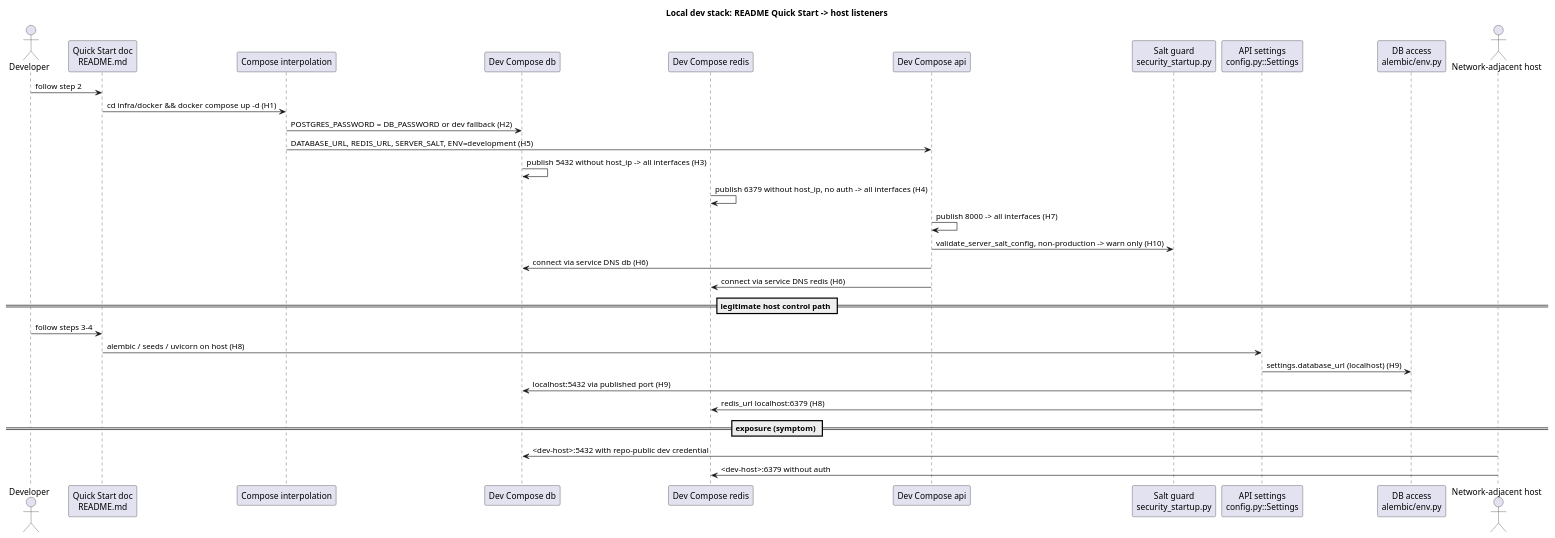
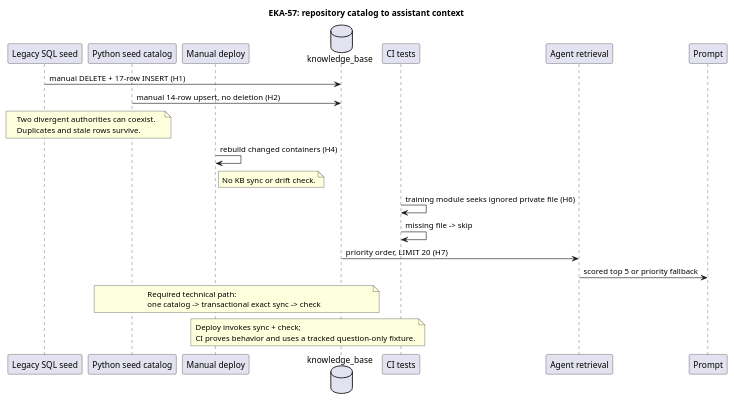
One commit to NeaBouli/pnyx changed the diagram in docs/architecture/main-path.puml. Above: the diagram before and after it, drawn with PlantUML. The commit also changed 2 other files, not shown here.

Commit message:
docs(architecture): map KB refresh lifecycle

```diff
--- a/docs/architecture/main-path.puml
+++ b/docs/architecture/main-path.puml
@@ -1,37 +1,38 @@
 @startuml
-' EKA-18 main path — built behaviour at base 2bfda8e (no fix simulated)
-title Local dev stack: README Quick Start -> host listeners
+title EKA-57: repository catalog to assistant context
 
-actor Developer
-participant "Quick Start doc\nREADME.md" as README
-participant "Compose interpolation" as INTERP
-participant "Dev Compose db" as DB
-participant "Dev Compose redis" as REDIS
-participant "Dev Compose api" as API
-participant "Salt guard\nsecurity_startup.py" as GUARD
-participant "API settings\nconfig.py::Settings" as SETTINGS
-participant "DB access\nalembic/env.py" as DBACCESS
-actor "Network-adjacent host" as ADJ
+participant "Legacy SQL seed" as SQL
+participant "Python seed catalog" as PY
+participant "Manual deploy" as DEPLOY
+database "knowledge_base" as DB
+participant "CI tests" as CI
+participant "Agent retrieval" as RAG
+participant "Prompt" as PROMPT
 
-Developer -> README : follow step 2
-README -> INTERP : cd infra/docker && docker compose up -d (H1)
-INTERP -> DB : POSTGRES_PASSWORD = DB_PASSWORD or dev fallback (H2)
-INTERP -> API : DATABASE_URL, REDIS_URL, SERVER_SALT, ENV=development (H5)
-DB -> DB : publish 5432 without host_ip -> all interfaces (H3)
-REDIS -> REDIS : publish 6379 without host_ip, no auth -> all interfaces (H4)
-API -> API : publish 8000 -> all interfaces (H7)
-API -> GUARD : validate_server_salt_config, non-production -> warn only (H10)
-API -> DB : connect via service DNS db (H6)
-API -> REDIS : connect via service DNS redis (H6)
+SQL -> DB : manual DELETE + 17-row INSERT (H1)
+PY -> DB : manual 14-row upsert, no deletion (H2)
+note over SQL,PY
+Two divergent authorities can coexist.
+Duplicates and stale rows survive.
+end note
 
-== legitimate host control path ==
-Developer -> README : follow steps 3-4
-README -> SETTINGS : alembic / seeds / uvicorn on host (H8)
-SETTINGS -> DBACCESS : settings.database_url (localhost) (H9)
-DBACCESS -> DB : localhost:5432 via published port (H9)
-SETTINGS -> REDIS : redis_url localhost:6379 (H8)
+DEPLOY -> DEPLOY : rebuild changed containers (H4)
+note right of DEPLOY
+No KB sync or drift check.
+end note
 
-== exposure (symptom) ==
-ADJ -> DB : <dev-host>:5432 with repo-public dev credential
-ADJ -> REDIS : <dev-host>:6379 without auth
+CI -> CI : training module seeks ignored private file (H6)
+CI -> CI : missing file -> skip
+
+DB -> RAG : priority order, LIMIT 20 (H7)
+RAG -> PROMPT : scored top 5 or priority fallback
+
+note over PY,DB
+Required technical path:
+one catalog -> transactional exact sync -> check
+end note
+note over DEPLOY,CI
+Deploy invokes sync + check;
+CI proves behavior and uses a tracked question-only fixture.
+end note
 @enduml
```
